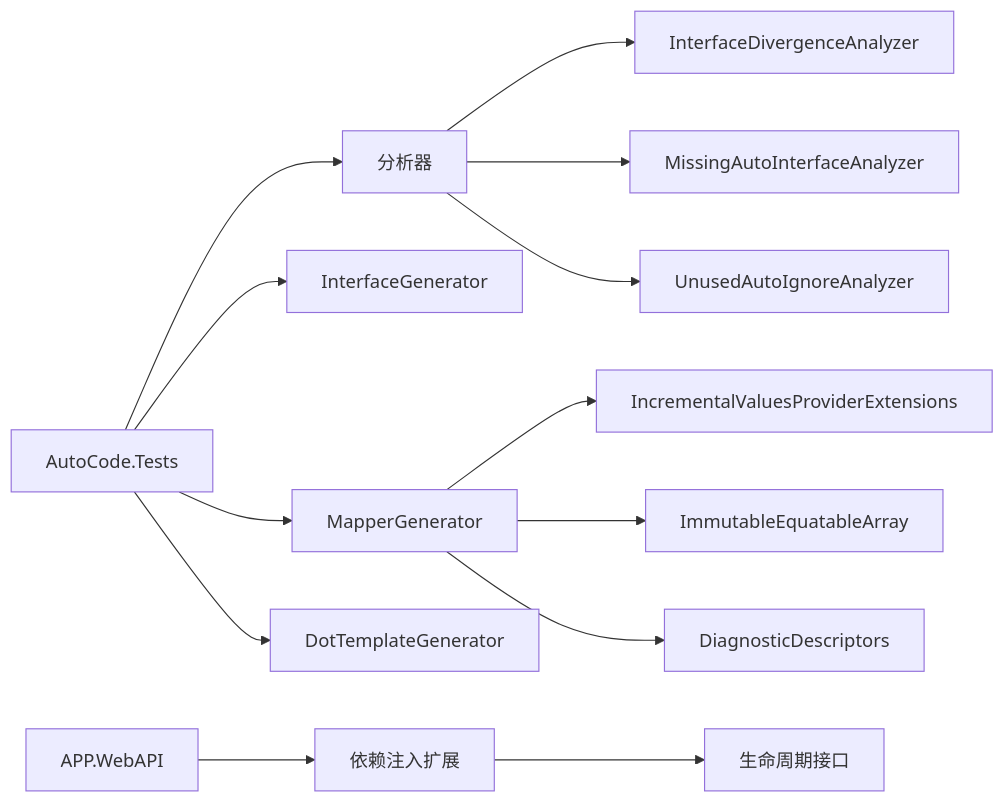
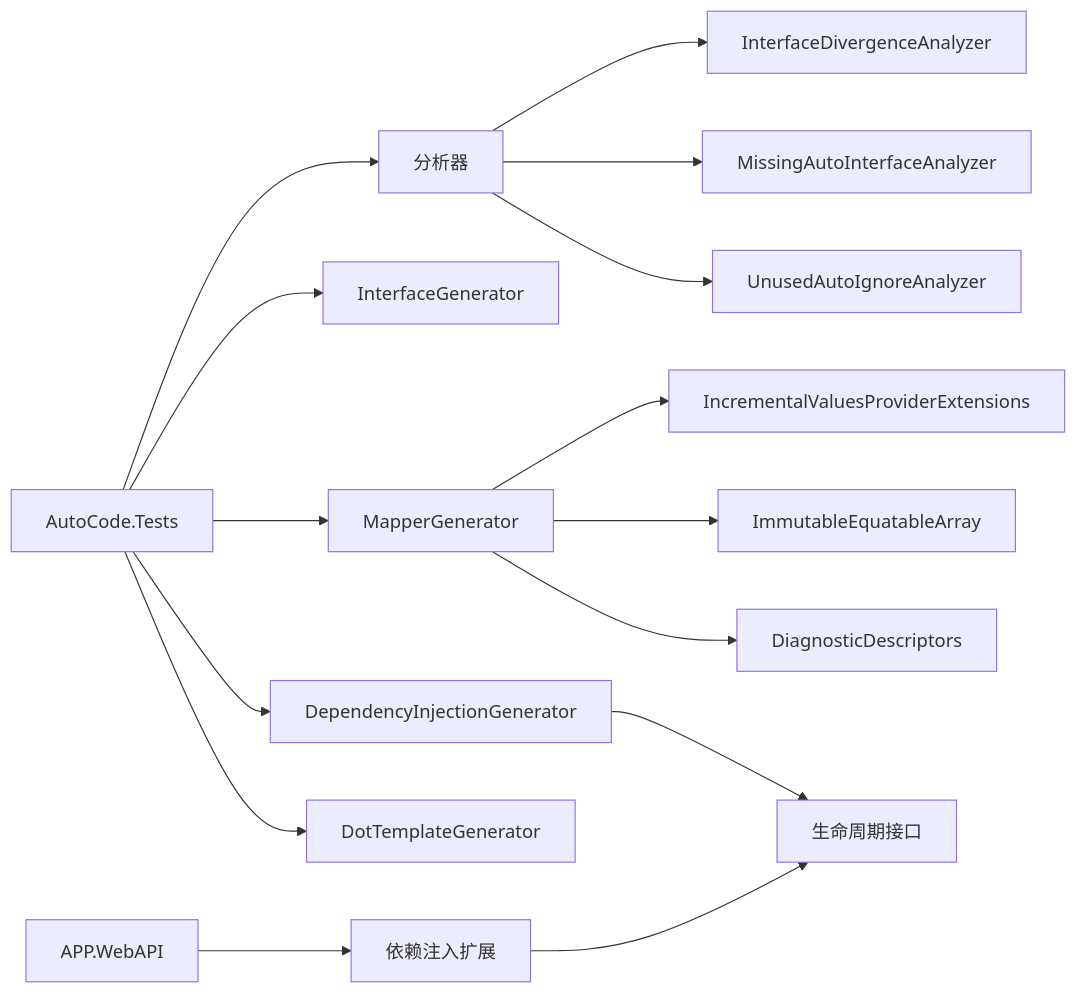
One commit to alivy/AutoCode changed the ninth of 9 diagrams in .qoder/repowiki/zh/content/调试与诊断/测试策略与实践.md. Above: the diagram before and after it, drawn with Mermaid. The commit also changed other lines of this file and 38 other files, not shown here.

````diff
--- a/.qoder/repowiki/zh/content/调试与诊断/测试策略与实践.md
+++ b/.qoder/repowiki/zh/content/调试与诊断/测试策略与实践.md
@@ -384,15 +434,17 @@
 ```mermaid
 graph LR
 Tests["AutoCode.Tests"] --> Analyzer["分析器"]
 Tests --> IG["InterfaceGenerator"]
 Tests --> MG["MapperGenerator"]
+Tests --> DIG["DependencyInjectionGenerator"]
 Tests --> DTG["DotTemplateGenerator"]
 Analyzer --> A1["InterfaceDivergenceAnalyzer"]
 Analyzer --> A2["MissingAutoInterfaceAnalyzer"]
 Analyzer --> A3["UnusedAutoIgnoreAnalyzer"]
 MG --> H1["IncrementalValuesProviderExtensions"]
 MG --> H2["ImmutableEquatableArray"]
 MG --> DD["DiagnosticDescriptors"]
+DIG --> Life["生命周期接口"]
 API["APP.WebAPI"] --> DI["依赖注入扩展"]
-DI --> Life["生命周期接口"]
+DI --> Life
 ```
````
